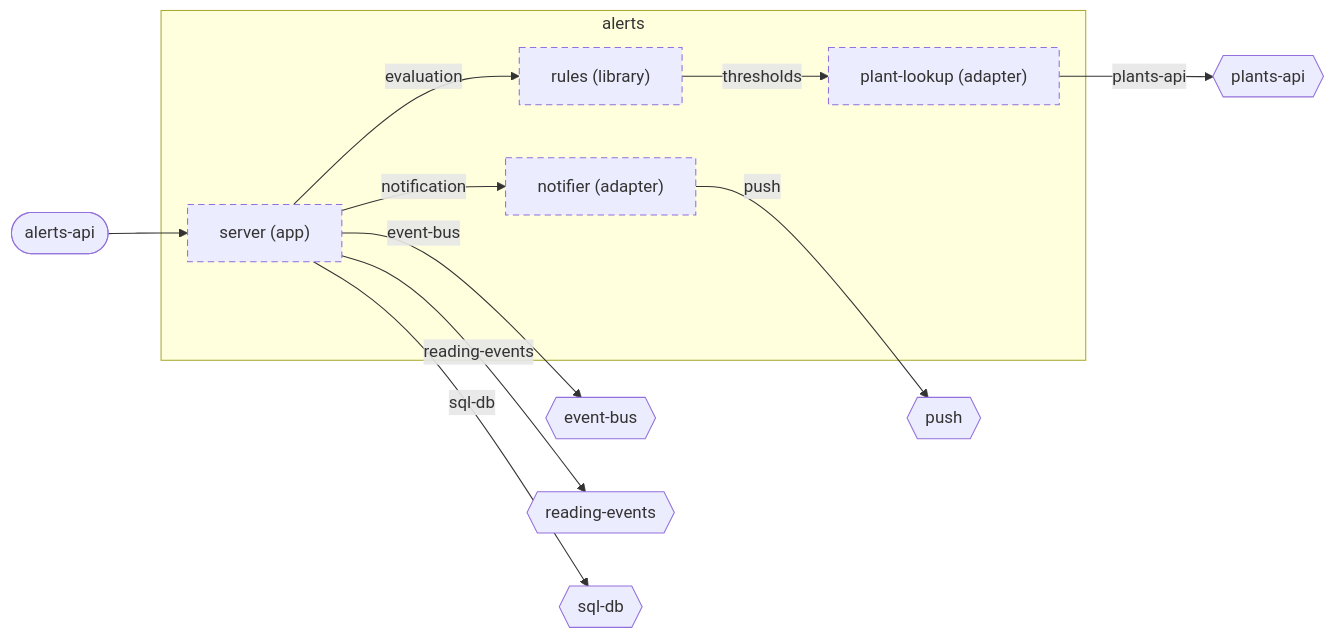
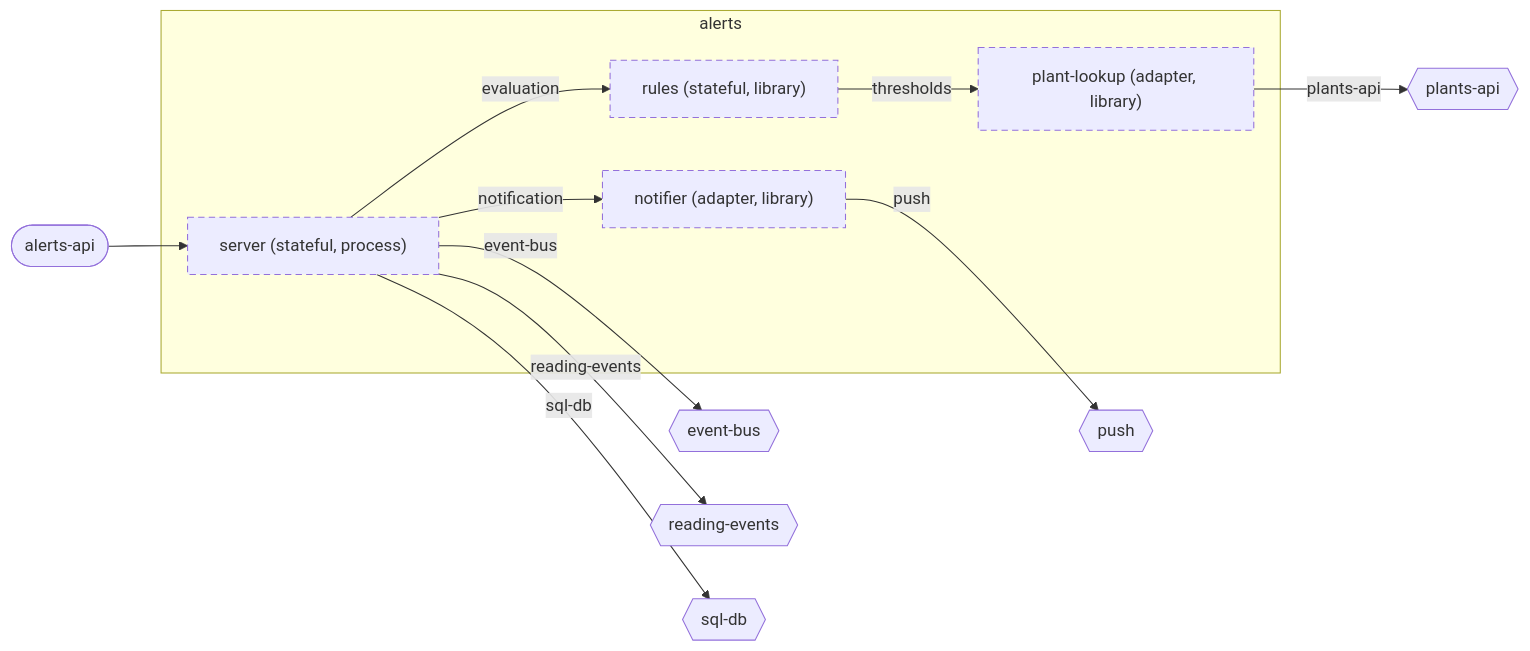
The diagram in examples/plantwatch/cloud/services/alerts/docs/diagrams/component.md (wackazong/unifold), drawn with Mermaid before and after one commit. The commit also changed other lines of this file and 216 other files, not shown here.

````diff
--- a/examples/plantwatch/cloud/services/alerts/docs/diagrams/component.md
+++ b/examples/plantwatch/cloud/services/alerts/docs/diagrams/component.md
@@ -8,29 +8,29 @@
 ```mermaid
 flowchart LR
   subgraph u_cloud__services__alerts["alerts"]
-    u_cloud__services__alerts__notifier["notifier (adapter)"]
-    u_cloud__services__alerts__plant_dlookup["plant-lookup (adapter)"]
-    u_cloud__services__alerts__rules["rules (library)"]
-    u_cloud__services__alerts__server["server (app)"]
+    u_cloud__services__alerts__notifier["notifier (adapter, library)"]
+    u_cloud__services__alerts__plant_dlookup["plant-lookup (adapter, library)"]
+    u_cloud__services__alerts__rules["rules (stateful, library)"]
+    u_cloud__services__alerts__server["server (stateful, process)"]
   end
   n_cloud__services__alerts___push{{"push"}}
   n_cloud__services__alerts___plants_dapi{{"plants-api"}}
   n_cloud__services__alerts___event_dbus{{"event-bus"}}
   n_cloud__services__alerts___reading_devents{{"reading-events"}}
   n_cloud__services__alerts___sql_ddb{{"sql-db"}}
   p_cloud__services__alerts___alerts_dapi(["alerts-api"])
   u_cloud__services__alerts__server -->|"evaluation"| u_cloud__services__alerts__rules
   u_cloud__services__alerts__server -->|"notification"| u_cloud__services__alerts__notifier
   u_cloud__services__alerts__rules -->|"thresholds"| u_cloud__services__alerts__plant_dlookup
   u_cloud__services__alerts__notifier -->|"push"| n_cloud__services__alerts___push
   u_cloud__services__alerts__plant_dlookup -->|"plants-api"| n_cloud__services__alerts___plants_dapi
   u_cloud__services__alerts__server -->|"event-bus"| n_cloud__services__alerts___event_dbus
   u_cloud__services__alerts__server -->|"reading-events"| n_cloud__services__alerts___reading_devents
   u_cloud__services__alerts__server -->|"sql-db"| n_cloud__services__alerts___sql_ddb
   p_cloud__services__alerts___alerts_dapi --> u_cloud__services__alerts__server
   classDef focus stroke-width:4px
   classDef planned stroke-dasharray:6 4
   classDef deprecated stroke-dasharray:2 2,opacity:0.6
   classDef plain stroke-dasharray:2 3
   class u_cloud__services__alerts__notifier,u_cloud__services__alerts__plant_dlookup,u_cloud__services__alerts__rules,u_cloud__services__alerts__server planned
 ```
````
